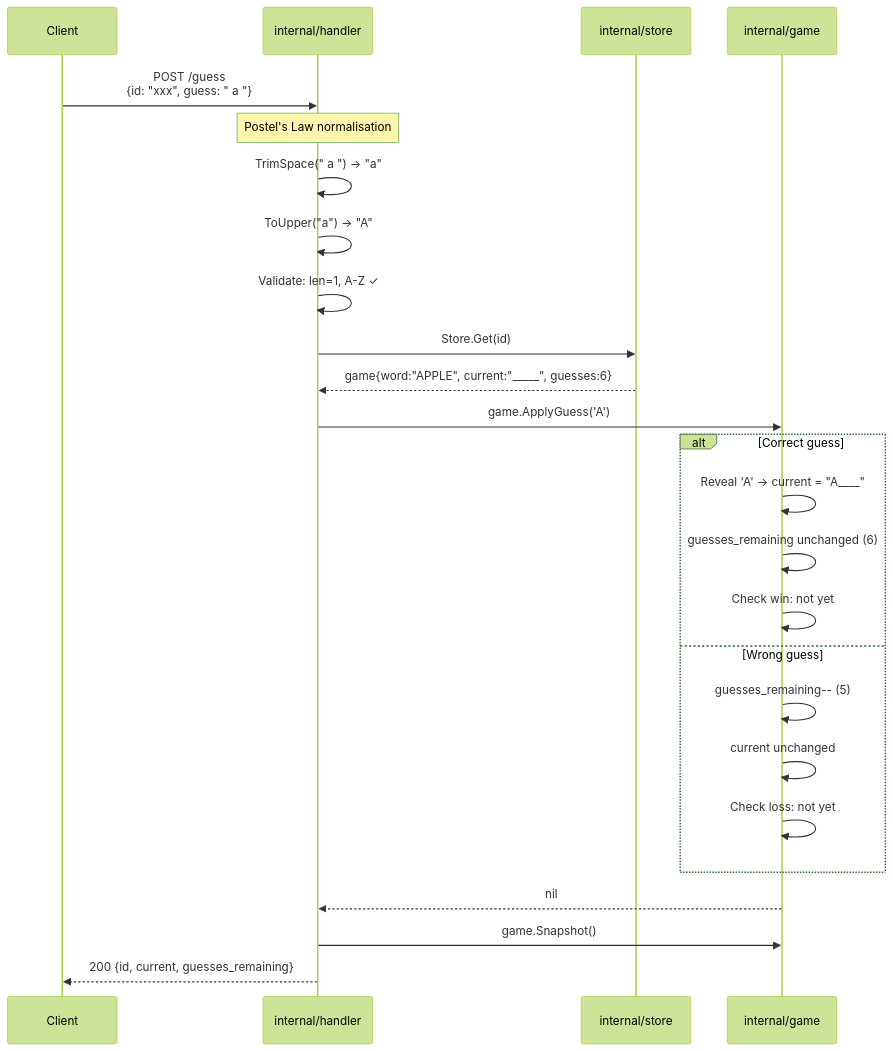
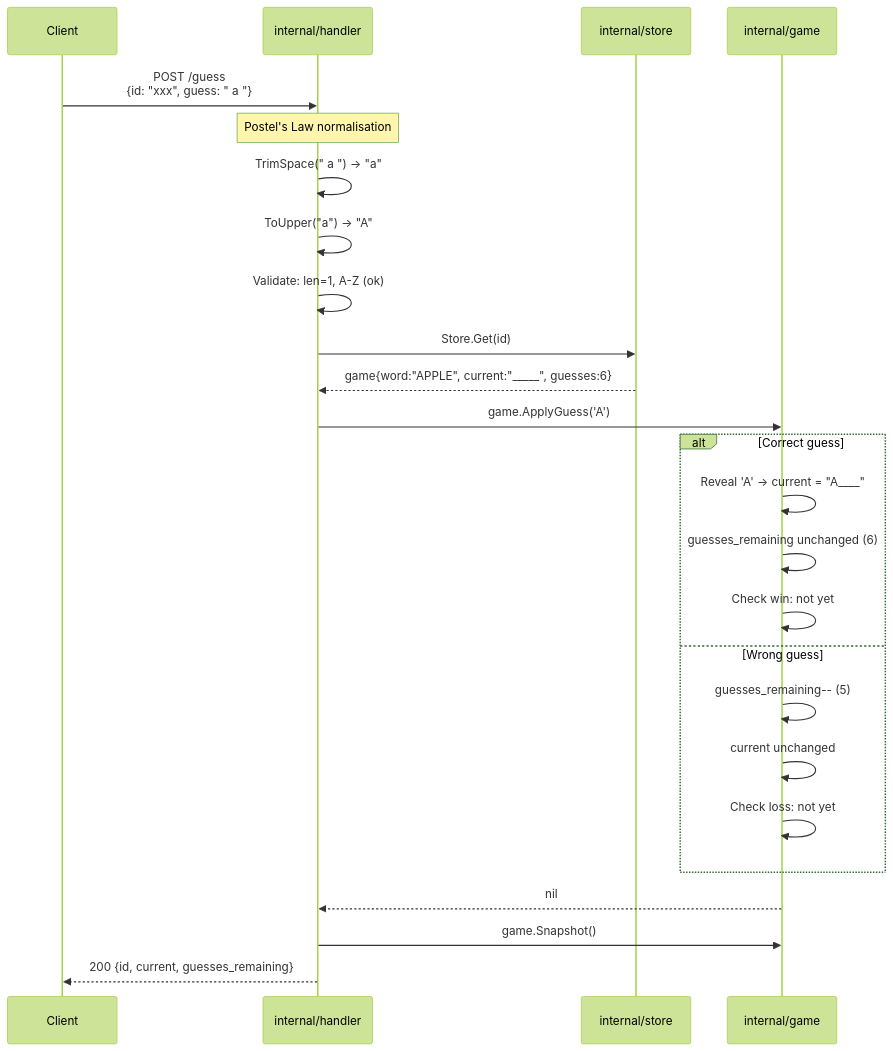
One commit to ajitm722/wordgame changed the second of 11 diagrams in docs.md. Above: the diagram before and after it, drawn with Mermaid (forest theme). The commit also changed other lines of this file and 14 other files, not shown here.

````diff
--- a/docs.md
+++ b/docs.md
@@ -393,32 +398,32 @@
 ```mermaid
 sequenceDiagram
     participant Client
     participant Handler as internal/handler
     participant Store as internal/store
     participant Game as internal/game
 
     Client->>Handler: POST /guess<br/>{id: "xxx", guess: " a "}
 
     Note over Handler: Postel's Law normalisation
     Handler->>Handler: TrimSpace(" a ") → "a"
     Handler->>Handler: ToUpper("a") → "A"
-    Handler->>Handler: Validate: len=1, A-Z ✓
+    Handler->>Handler: Validate: len=1, A-Z (ok)
 
     Handler->>Store: Store.Get(id)
     Store-->>Handler: game{word:"APPLE", current:"_____", guesses:6}
     Handler->>Game: game.ApplyGuess('A')
 
     alt Correct guess
         Game->>Game: Reveal 'A' → current = "A____"
         Game->>Game: guesses_remaining unchanged (6)
         Game->>Game: Check win: not yet
     else Wrong guess
         Game->>Game: guesses_remaining-- (5)
         Game->>Game: current unchanged
         Game->>Game: Check loss: not yet
     end
 
     Game-->>Handler: nil
     Handler->>Game: game.Snapshot()
     Handler-->>Client: 200 {id, current, guesses_remaining}
 ```
````
